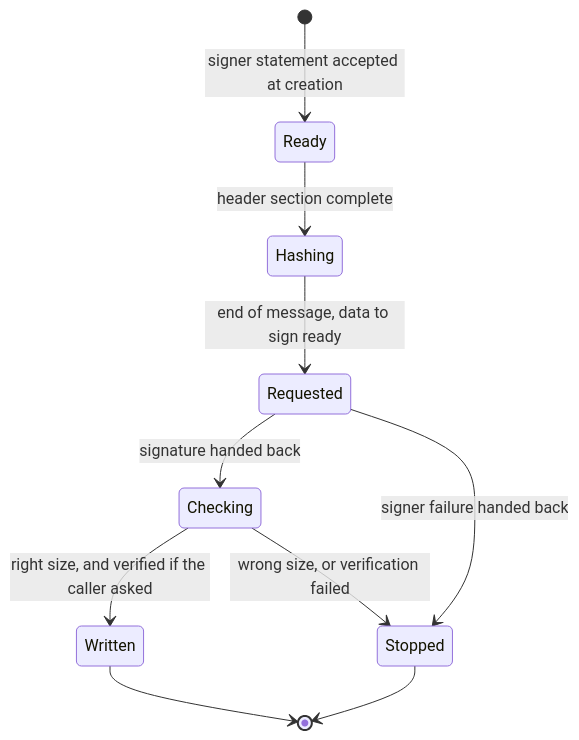
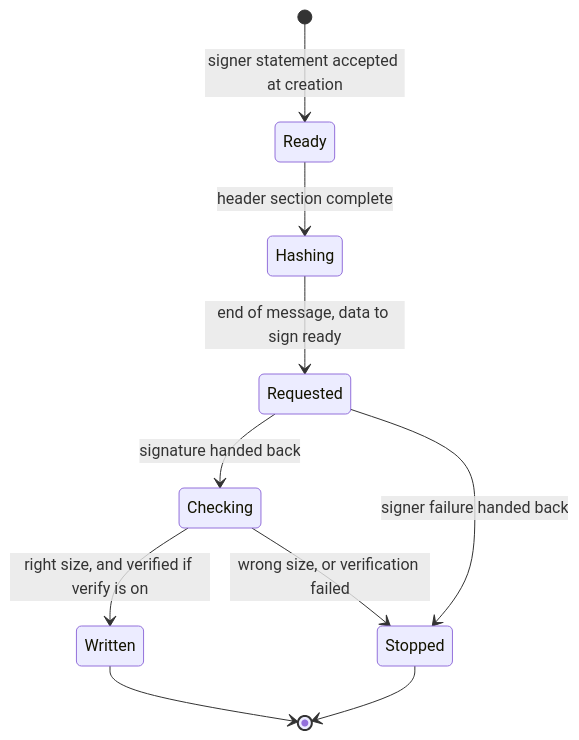
One commit to photom/hallmark changed the sixth of 9 diagrams in docs/reference/design/lifecycle.md. Above: the diagram before and after it, drawn with Mermaid. The commit also changed other lines of this file and 48 other files, not shown here.

````diff
--- a/docs/reference/design/lifecycle.md
+++ b/docs/reference/design/lifecycle.md
@@ -112,12 +151,12 @@
 ```mermaid
 stateDiagram-v2
     [*] --> Ready : signer statement accepted at creation
     Ready --> Hashing : header section complete
     Hashing --> Requested : end of message, data to sign ready
     Requested --> Checking : signature handed back
     Requested --> Stopped : signer failure handed back
-    Checking --> Written : right size, and verified if the caller asked
+    Checking --> Written : right size, and verified if verify is on
     Checking --> Stopped : wrong size, or verification failed
     Written --> [*]
     Stopped --> [*]
 ```
````
